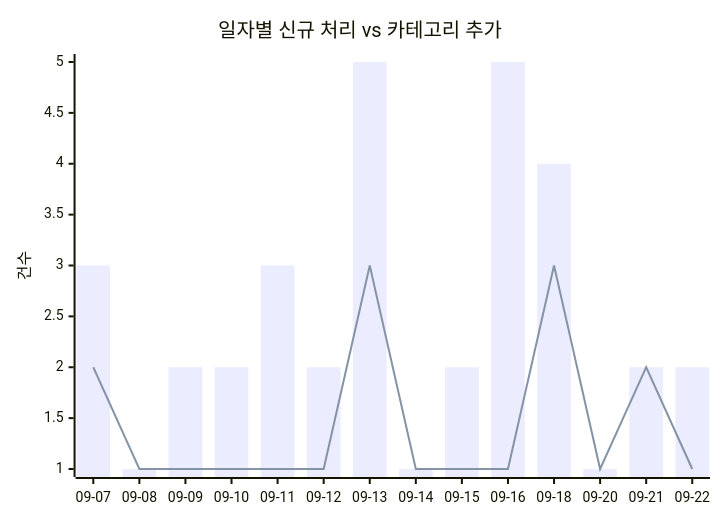
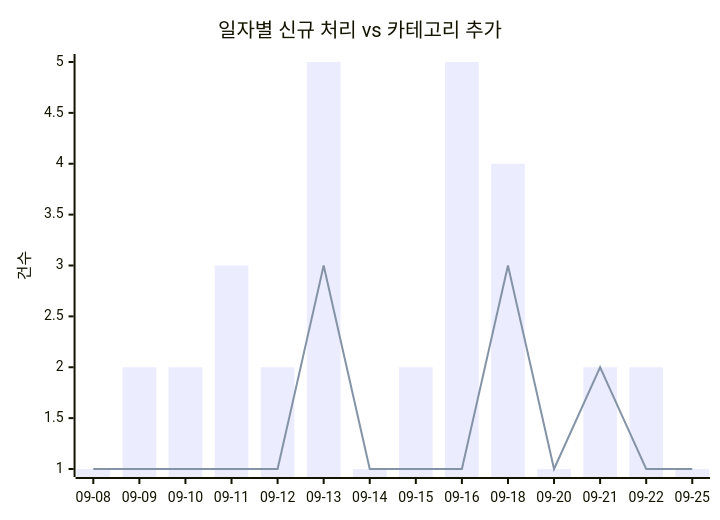
Before and after one commit to J-nowcow/awesome-korean-agent-skills: the first of 2 diagrams in docs/trends.md, drawn with Mermaid. The commit also changed other lines of this file and 3 other files, not shown here.

````diff
--- a/docs/trends.md
+++ b/docs/trends.md
@@ -32,8 +32,8 @@
 ```mermaid
 xychart-beta
     title "일자별 신규 처리 vs 카테고리 추가"
-    x-axis ["09-07","09-08","09-09","09-10","09-11","09-12","09-13","09-14","09-15","09-16","09-18","09-20","09-21","09-22"]
+    x-axis ["09-08","09-09","09-10","09-11","09-12","09-13","09-14","09-15","09-16","09-18","09-20","09-21","09-22","09-25"]
     y-axis "건수"
-    bar [3,1,2,2,3,2,5,1,2,5,4,1,2,2]
-    line [2,1,1,1,1,1,3,1,1,1,3,1,2,1]
+    bar [1,2,2,3,2,5,1,2,5,4,1,2,2,1]
+    line [1,1,1,1,1,3,1,1,1,3,1,2,1,1]
 ```
````
